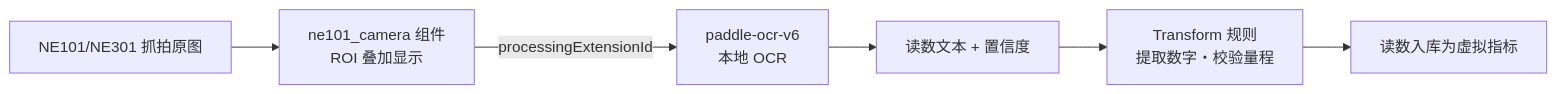
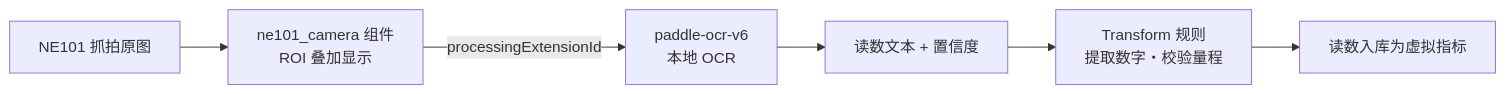
Before and after one commit to camthink-ai/wiki-documents: the diagram in docs/4-edge-ai-solutions/1-water-meter-recognition/2-ai-model.md, drawn with Mermaid. The commit also changed other lines of this file and 9 other files, not shown here.

````diff
--- a/docs/4-edge-ai-solutions/1-water-meter-recognition/2-ai-model.md
+++ b/docs/4-edge-ai-solutions/1-water-meter-recognition/2-ai-model.md
@@ -17,8 +17,8 @@
 ```mermaid
 flowchart LR
-    A["NE101/NE301 抓拍原图"] --> B["ne101_camera 组件<br/>ROI 叠加显示"]
+    A["NE101 抓拍原图"] --> B["ne101_camera 组件<br/>ROI 叠加显示"]
     B -->|processingExtensionId| C["paddle-ocr-v6<br/>本地 OCR"]
     C --> D["读数文本 + 置信度"]
     D --> E["Transform 规则<br/>提取数字・校验量程"]
     E --> F["读数入库为虚拟指标"]
 ```
````
